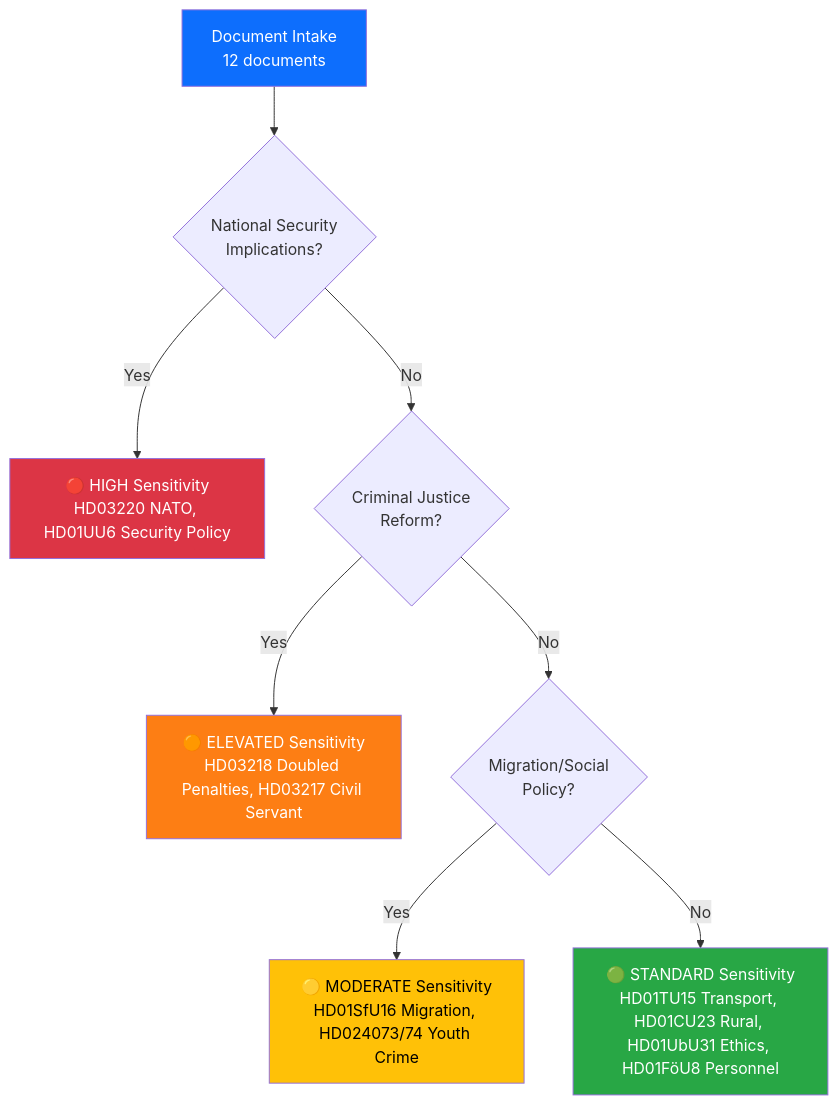
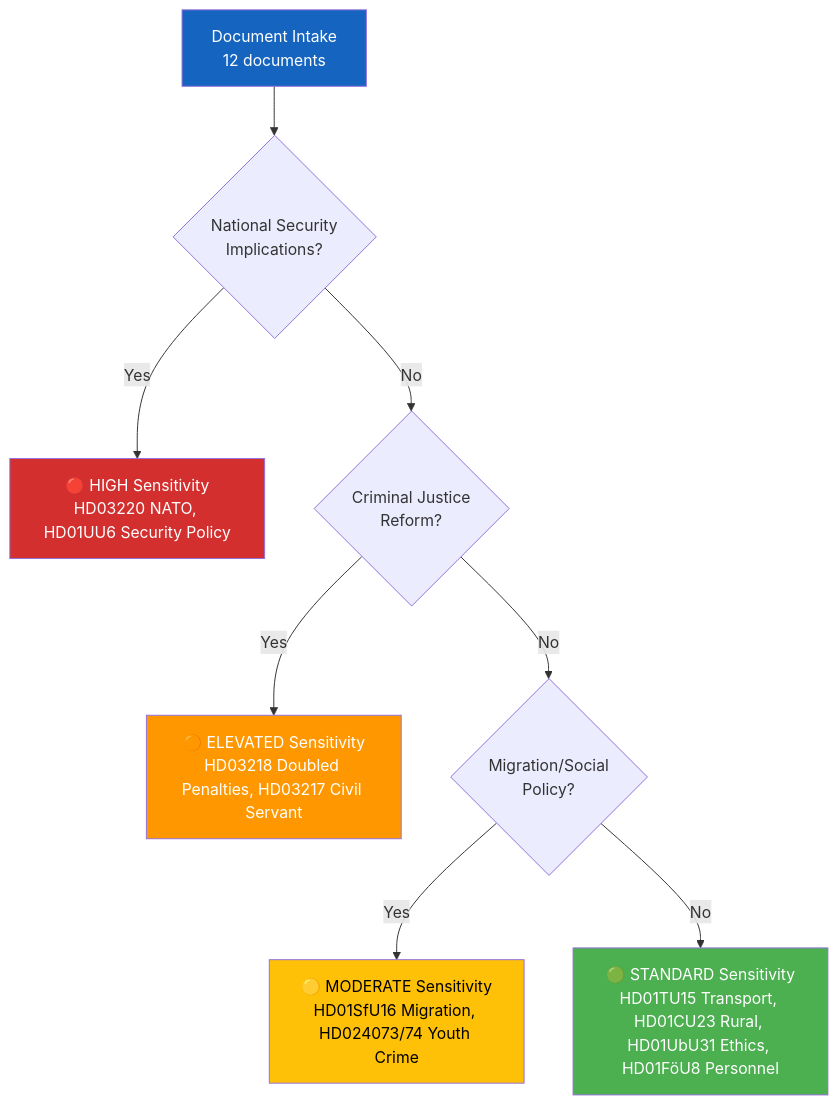
The diagram in analysis/daily/2026-04-09/evening-analysis/classification-results.md (Hack23/riksdagsmonitor), drawn with Mermaid before and after one commit. The commit also changed 785 other files, not shown here.

First line of the commit message:
Normalize mermaid colors across 786 analysis artifacts to ISMS Style Guide palette

````diff
--- a/analysis/daily/2026-04-09/evening-analysis/classification-results.md
+++ b/analysis/daily/2026-04-09/evening-analysis/classification-results.md
@@ -10,15 +10,15 @@
 ```mermaid
 graph TD
     A["Document Intake<br/>12 documents"] --> B{"National Security<br/>Implications?"}
     B -->|Yes| C["🔴 HIGH Sensitivity<br/>HD03220 NATO, HD01UU6 Security Policy"]
     B -->|No| D{"Criminal Justice<br/>Reform?"}
     D -->|Yes| E["🟠 ELEVATED Sensitivity<br/>HD03218 Doubled Penalties, HD03217 Civil Servant"]
     D -->|No| F{"Migration/Social<br/>Policy?"}
     F -->|Yes| G["🟡 MODERATE Sensitivity<br/>HD01SfU16 Migration, HD024073/74 Youth Crime"]
     F -->|No| H["🟢 STANDARD Sensitivity<br/>HD01TU15 Transport, HD01CU23 Rural, HD01UbU31 Ethics, HD01FöU8 Personnel"]
-    style C fill:#dc3545,color:#fff
-    style E fill:#fd7e14,color:#fff
-    style G fill:#ffc107,color:#000
-    style H fill:#28a745,color:#fff
-    style A fill:#0d6efd,color:#fff
+    style C fill:#D32F2F,color:#FFFFFF
+    style E fill:#FF9800,color:#FFFFFF
+    style G fill:#FFC107,color:#000000
+    style H fill:#4CAF50,color:#FFFFFF
+    style A fill:#1565C0,color:#FFFFFF
 ```
````
